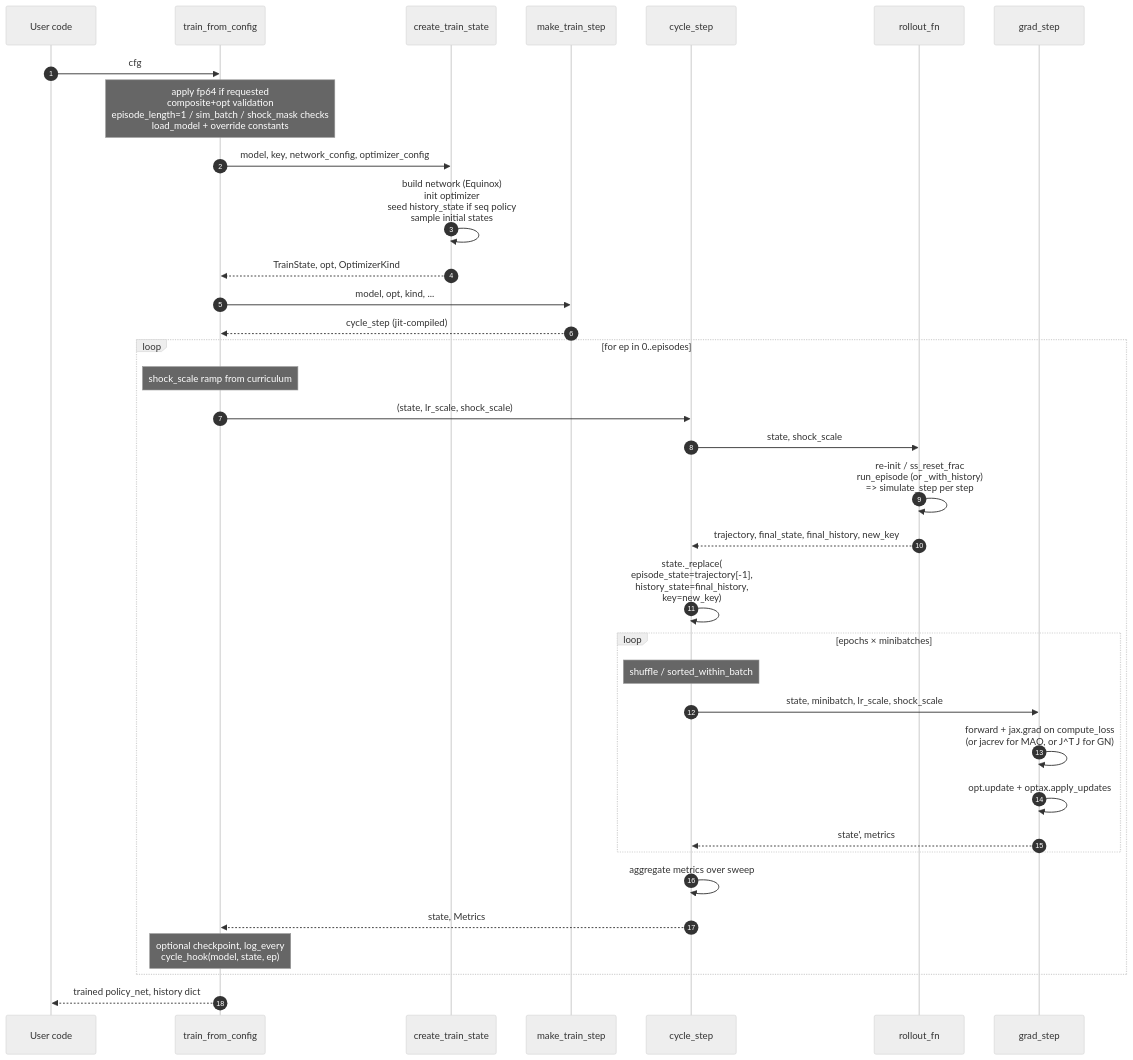
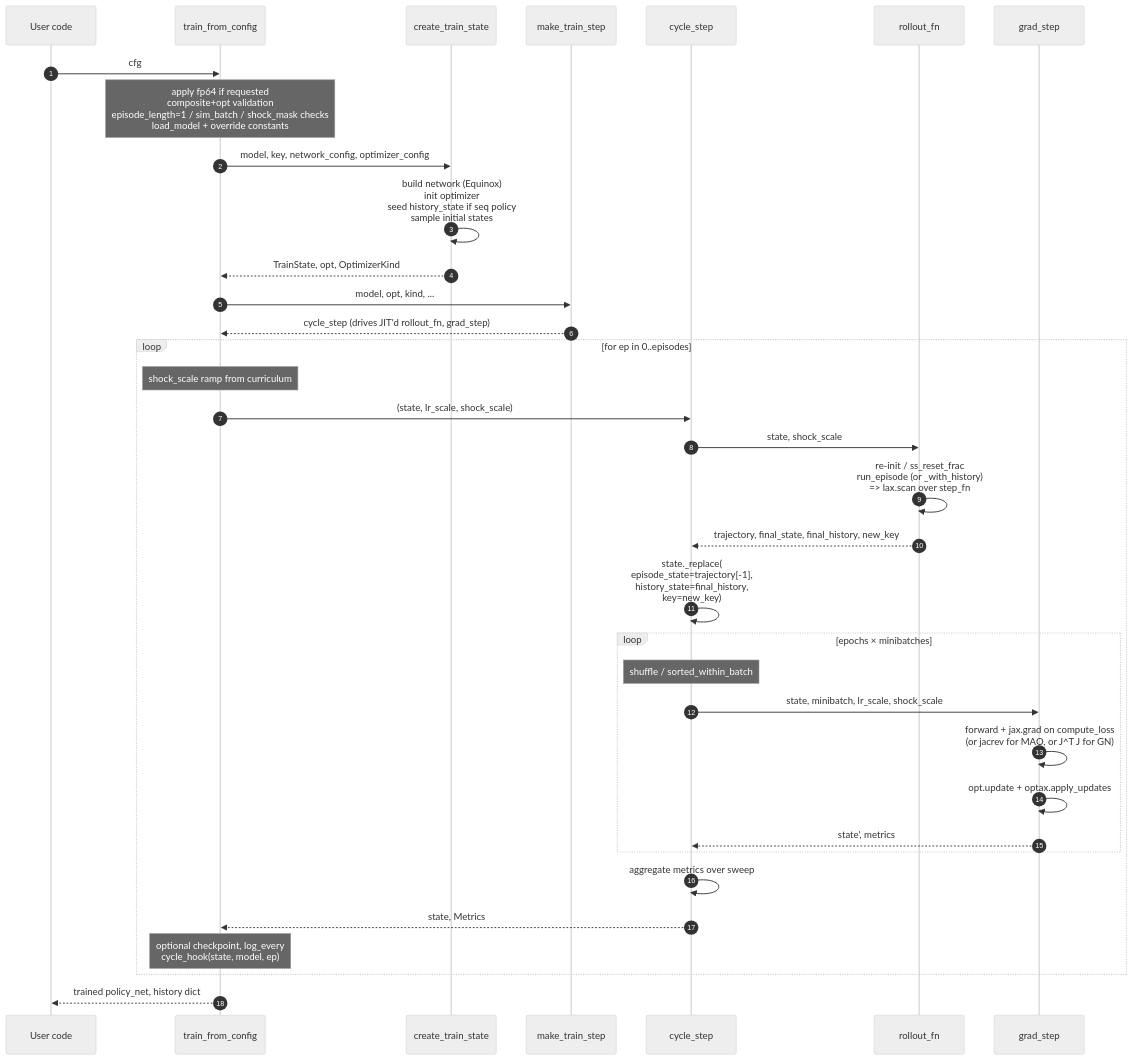
The second of 3 diagrams in docs/site/architecture.md (deqn-jax/deqn-jax), drawn with Mermaid (neutral theme) before and after one commit. The commit also changed other lines of this file and 4 other files, not shown here.

````diff
--- a/docs/site/architecture.md
+++ b/docs/site/architecture.md
@@ -106,44 +133,44 @@
 ```mermaid
 sequenceDiagram
     autonumber
     participant U as User code
     participant TFC as train_from_config
     participant CTS as create_train_state
     participant MTS as make_train_step
     participant CS as cycle_step
     participant RF as rollout_fn
     participant GS as grad_step
 
     U->>TFC: cfg
     Note over TFC: apply fp64 if requested<br/>composite+opt validation<br/>episode_length=1 / sim_batch / shock_mask checks<br/>load_model + override constants
 
     TFC->>CTS: model, key, network_config, optimizer_config
     CTS->>CTS: build network (Equinox)<br/>init optimizer<br/>seed history_state if seq policy<br/>sample initial states
     CTS-->>TFC: TrainState, opt, OptimizerKind
 
     TFC->>MTS: model, opt, kind, ...
-    MTS-->>TFC: cycle_step (jit-compiled)
+    MTS-->>TFC: cycle_step (drives JIT'd rollout_fn, grad_step)
 
     loop for ep in 0..episodes
         Note over TFC: shock_scale ramp from curriculum
         TFC->>CS: (state, lr_scale, shock_scale)
         CS->>RF: state, shock_scale
-        RF->>RF: re-init / ss_reset_frac<br/>run_episode (or _with_history)<br/>=> simulate_step per step
+        RF->>RF: re-init / ss_reset_frac<br/>run_episode (or _with_history)<br/>=> lax.scan over step_fn
         RF-->>CS: trajectory, final_state, final_history, new_key
         CS->>CS: state._replace(<br/>  episode_state=trajectory[-1],<br/>  history_state=final_history,<br/>  key=new_key)
 
         loop epochs × minibatches
             Note over CS: shuffle / sorted_within_batch
             CS->>GS: state, minibatch, lr_scale, shock_scale
             GS->>GS: forward + jax.grad on compute_loss<br/>(or jacrev for MAO, or J^T J for GN)
             GS->>GS: opt.update + optax.apply_updates
             GS-->>CS: state', metrics
         end
 
         CS->>CS: aggregate metrics over sweep
         CS-->>TFC: state, Metrics
-        Note over TFC: optional checkpoint, log_every<br/>cycle_hook(model, state, ep)
+        Note over TFC: optional checkpoint, log_every<br/>cycle_hook(state, model, ep)
     end
 
     TFC-->>U: trained policy_net, history dict
 ```
````
